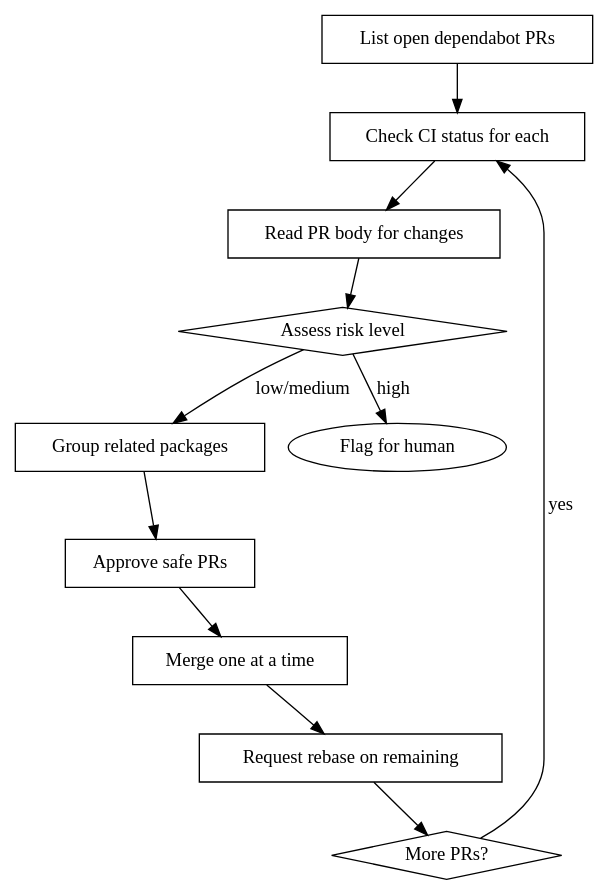
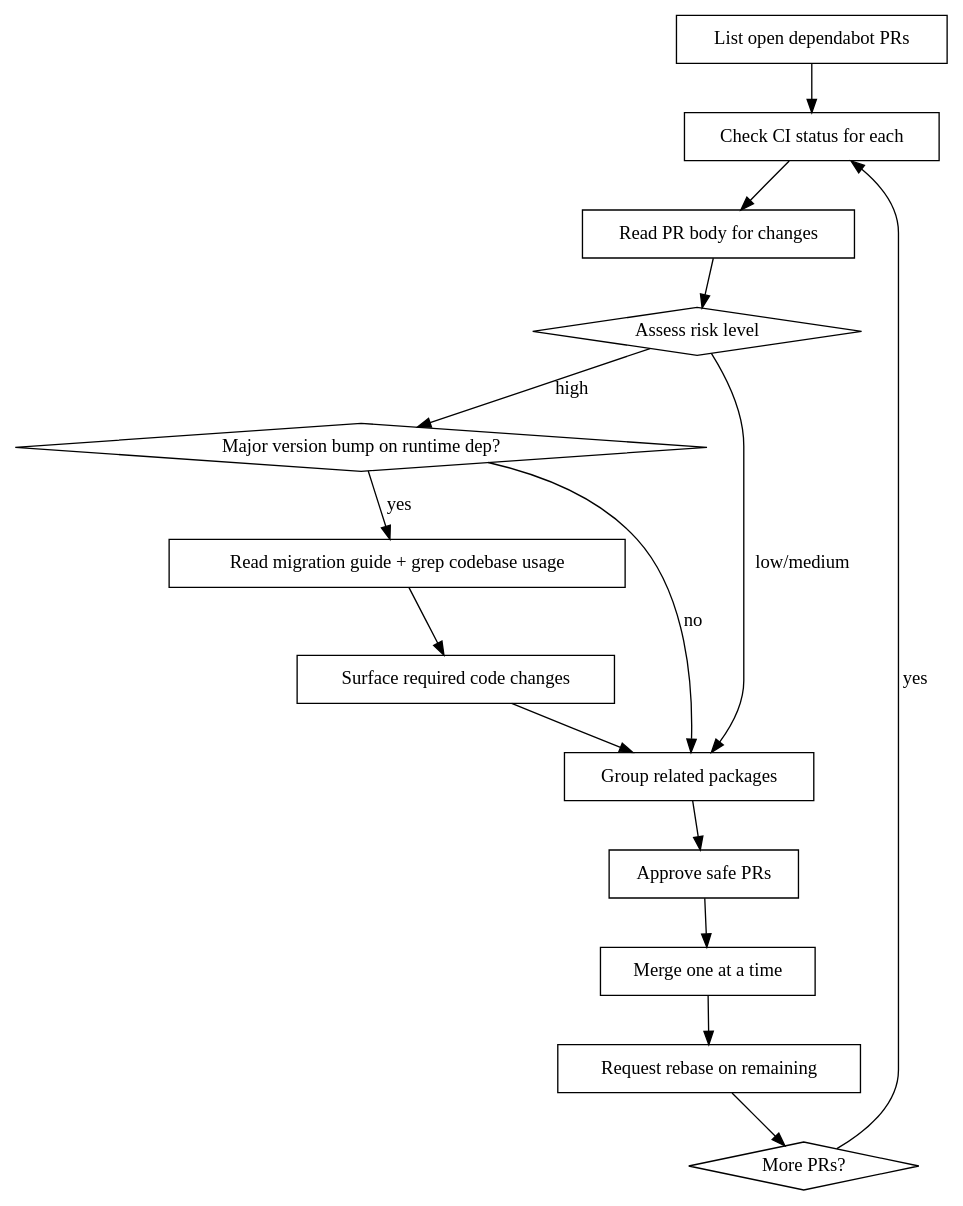
The diagram in skills/dependabot-review/SKILL.md (srackley/claude-setup), drawn with Graphviz before and after one commit. The commit also changed other lines of this file, not shown here.

First line of the commit message:
fix(dependabot-review): require migration guide check for major version bumps

````diff
--- a/skills/dependabot-review/SKILL.md
+++ b/skills/dependabot-review/SKILL.md
@@ -20,25 +20,32 @@
 ```dot
 digraph dependabot_review {
     rankdir=TB;
     "List open dependabot PRs" [shape=box];
     "Check CI status for each" [shape=box];
     "Read PR body for changes" [shape=box];
     "Assess risk level" [shape=diamond];
+    "Major version bump on runtime dep?" [shape=diamond];
+    "Read migration guide + grep codebase usage" [shape=box];
+    "Surface required code changes" [shape=box];
     "Group related packages" [shape=box];
     "Approve safe PRs" [shape=box];
     "Merge one at a time" [shape=box];
     "Request rebase on remaining" [shape=box];
     "More PRs?" [shape=diamond];
 
     "List open dependabot PRs" -> "Check CI status for each";
     "Check CI status for each" -> "Read PR body for changes";
     "Read PR body for changes" -> "Assess risk level";
+    "Assess risk level" -> "Major version bump on runtime dep?" [label="high"];
     "Assess risk level" -> "Group related packages" [label="low/medium"];
-    "Assess risk level" -> "Flag for human" [label="high"];
+    "Major version bump on runtime dep?" -> "Read migration guide + grep codebase usage" [label="yes"];
+    "Major version bump on runtime dep?" -> "Group related packages" [label="no"];
+    "Read migration guide + grep codebase usage" -> "Surface required code changes";
+    "Surface required code changes" -> "Group related packages";
     "Group related packages" -> "Approve safe PRs";
     "Approve safe PRs" -> "Merge one at a time";
     "Merge one at a time" -> "Request rebase on remaining";
     "Request rebase on remaining" -> "More PRs?";
     "More PRs?" -> "Check CI status for each" [label="yes"];
 }
 ```
````
